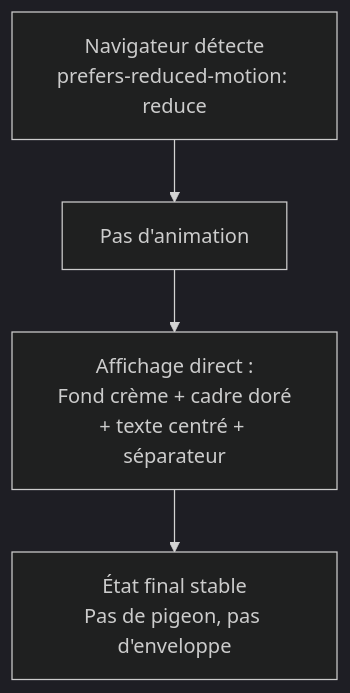
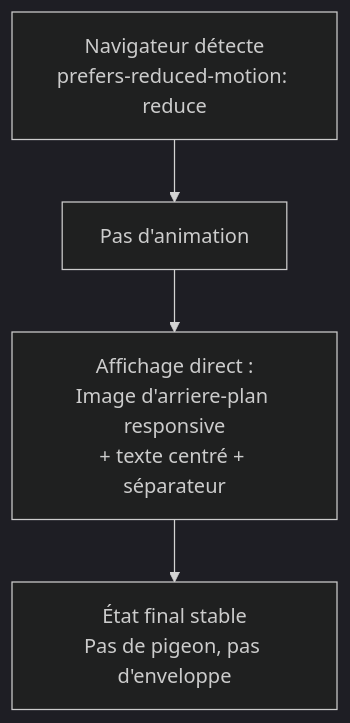
One commit to azamiAhmed/wedding changed the second of 4 diagrams in _bmad-output/planning-artifacts/ux-design-save-the-date.md. Above: the diagram before and after it, drawn with Mermaid (dark theme). The commit also changed other lines of this file and 15 other files, not shown here.

````diff
--- a/_bmad-output/planning-artifacts/ux-design-save-the-date.md
+++ b/_bmad-output/planning-artifacts/ux-design-save-the-date.md
@@ -696,6 +714,6 @@
 ```mermaid
 flowchart TD
     A[Navigateur détecte<br>prefers-reduced-motion: reduce] --> B[Pas d'animation]
-    B --> C[Affichage direct :<br>Fond crème + cadre doré<br>+ texte centré + séparateur]
+    B --> C[Affichage direct :<br>Image d'arriere-plan responsive<br>+ texte centré + séparateur]
     C --> D[État final stable<br>Pas de pigeon, pas d'enveloppe]
 ```
````
